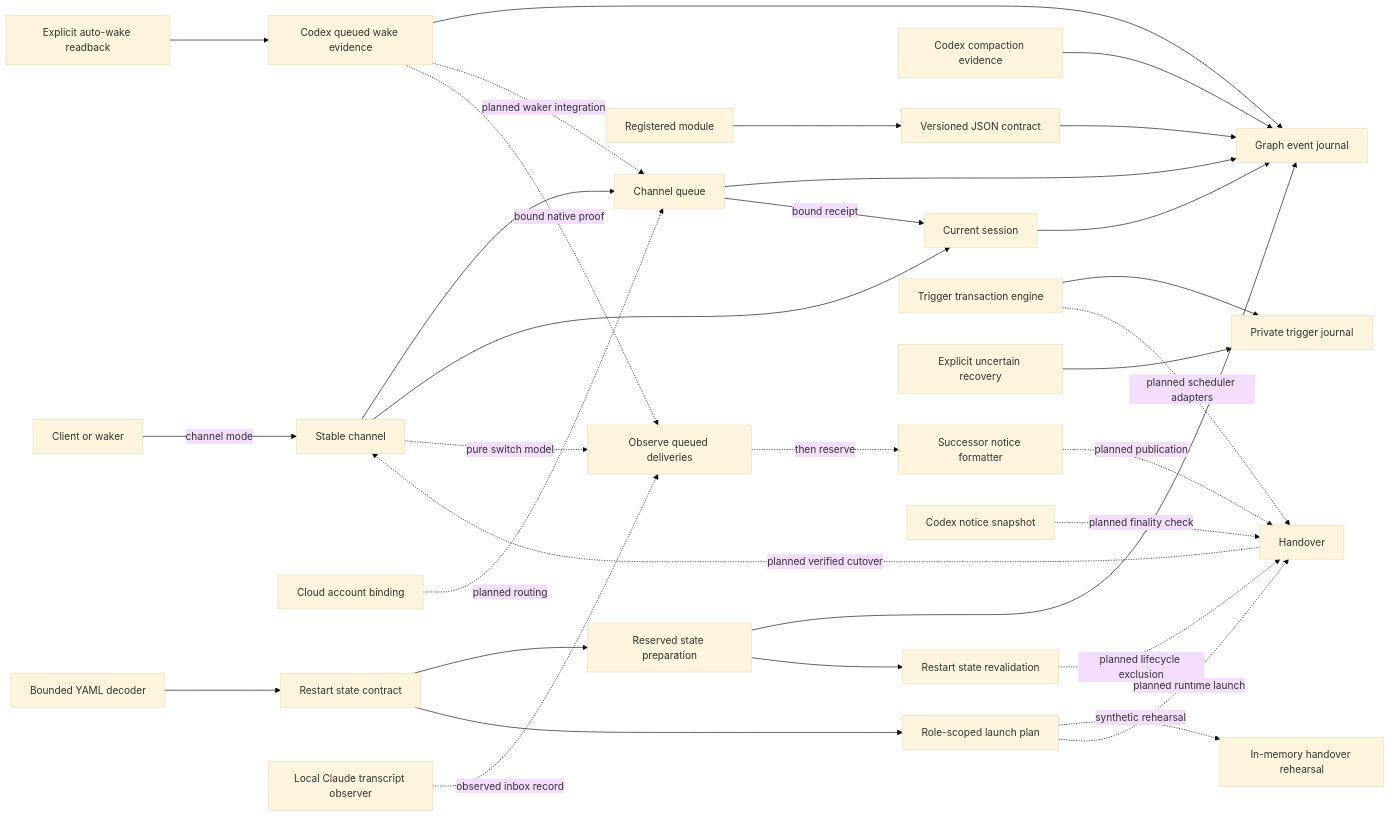
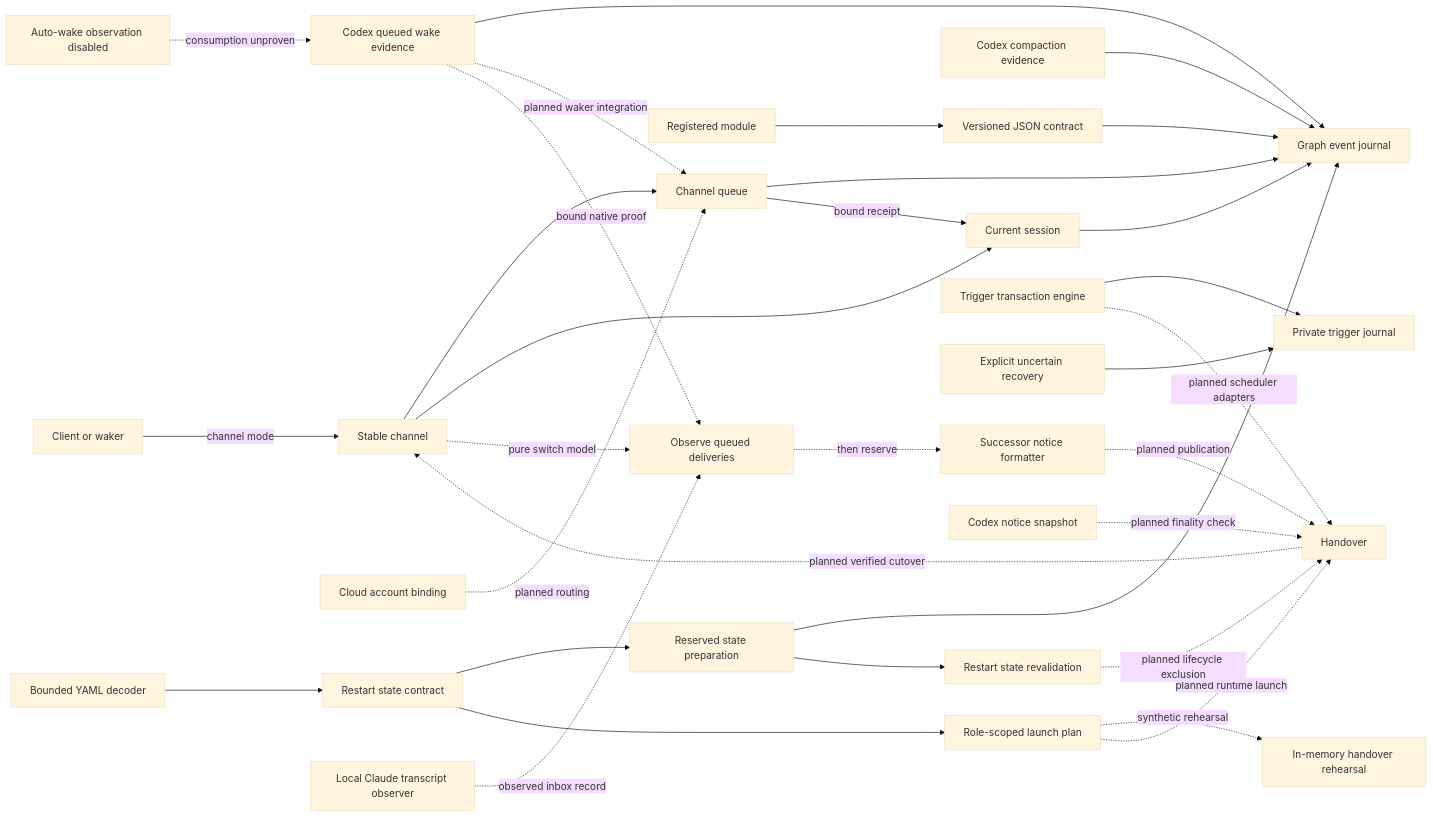
One commit to NestDevLab/agent-mesh changed the diagram in docs/design/plexus-architecture.mmd. Above: the diagram before and after it, drawn with Mermaid (base theme). The commit also changed 7 other files, not shown here.

Commit message:
Disable unproven automatic wake observations

```diff
--- a/docs/design/plexus-architecture.mmd
+++ b/docs/design/plexus-architecture.mmd
@@ -1,32 +1,32 @@
 flowchart LR
   Client["Client or waker"] -- "channel mode" --> Channel["Stable channel"]
   Channel --> Queue["Channel queue"]
   Channel --> Session["Current session"]
   Queue --> Journal["Graph event journal"]
   Session --> Journal
   Wake["Codex queued wake evidence"] --> Journal
   Wake -. "planned waker integration" .-> Queue
   Compaction["Codex compaction evidence"] --> Journal
   Module["Registered module"] --> Contract["Versioned JSON contract"]
   Contract --> Journal
   Queue -- "bound receipt" --> Session
   CloudAccount["Cloud account binding"] -. "planned routing" .-> Queue
   Yaml["Bounded YAML decoder"] --> Restart
   Restart["Restart state contract"] --> StatePrep["Reserved state preparation"]
   Restart --> RoleProfile["Role-scoped launch plan"]
   RoleProfile -. "synthetic rehearsal" .-> Rehearsal["In-memory handover rehearsal"]
   RoleProfile -. "planned runtime launch" .-> Handover
   StatePrep --> Journal
   StatePrep --> Revalidate["Restart state revalidation"]
   Revalidate -. "planned lifecycle exclusion" .-> Handover
   TriggerTxn["Trigger transaction engine"] --> TriggerJournal["Private trigger journal"]
   TriggerRecovery["Explicit uncertain recovery"] --> TriggerJournal
   TriggerTxn -. "planned scheduler adapters" .-> Handover
   Notice["Successor notice formatter"] -. "planned publication" .-> Handover
   Observation["Codex notice snapshot"] -. "planned finality check" .-> Handover
   Handover["Handover"] -. "planned verified cutover" .-> Channel
   Channel -. "pure switch model" .-> Drain["Observe queued deliveries"]
   Drain -. "then reserve" .-> Notice
-  AutoWake["Explicit auto-wake readback"] --> Wake
+  AutoWake["Auto-wake observation disabled"] -. "consumption unproven" .-> Wake
   Wake -. "bound native proof" .-> Drain
   ClaudeReadback["Local Claude transcript observer"] -. "observed inbox record" .-> Drain
```
